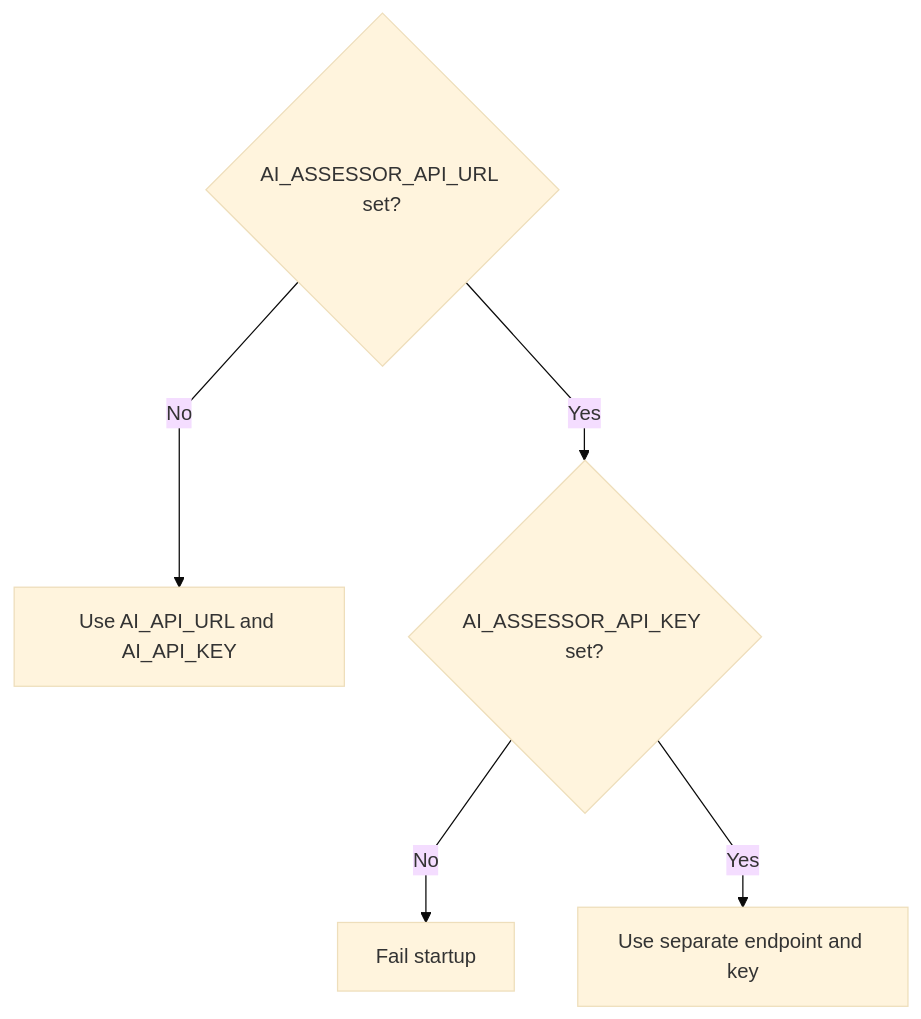
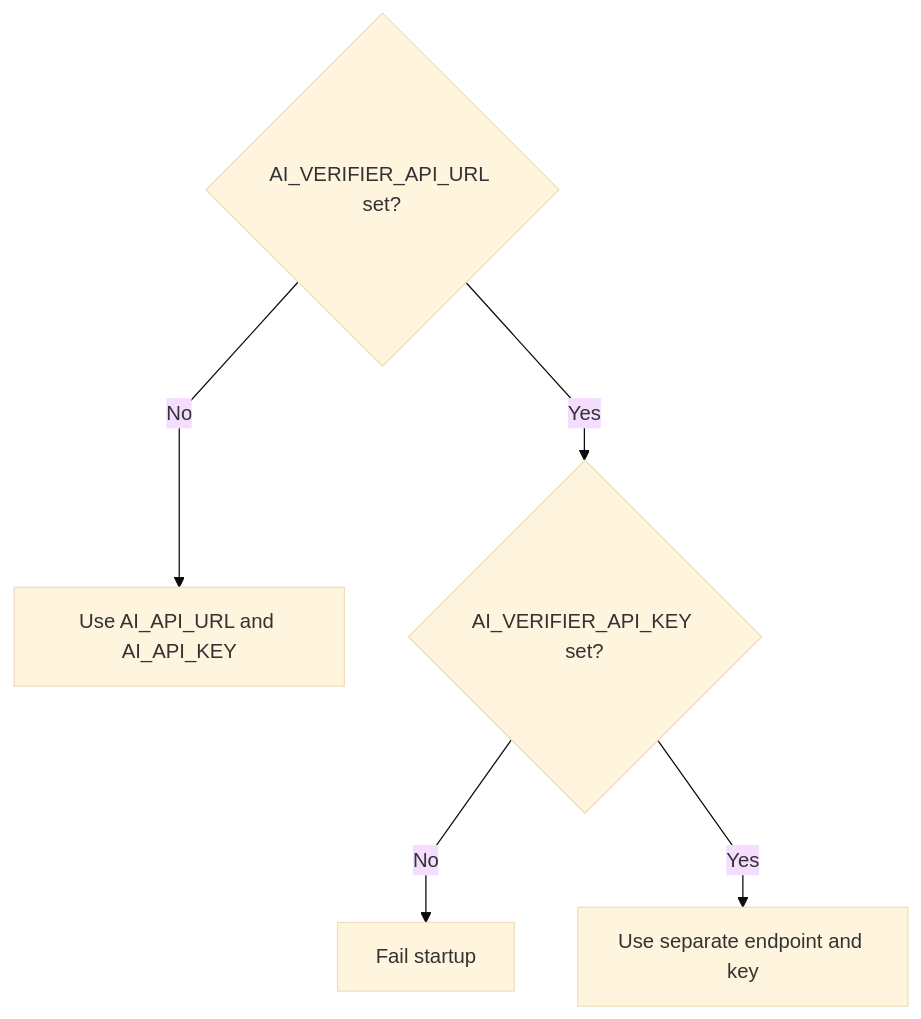
One commit to markhuangai/dense-mem changed the second of 3 diagrams in Configuration.md. Above: the diagram before and after it, drawn with Mermaid (base theme). The commit also changed other lines of this file and 18 other files, not shown here.

````diff
--- a/Configuration.md
+++ b/Configuration.md
@@ -171,9 +171,9 @@
 ```mermaid
 %%{init: {"flowchart": {"curve": "linear"}}}%%
 flowchart TD
-  URL{"AI_ASSESSOR_API_URL set?"}
+  URL{"AI_VERIFIER_API_URL set?"}
   URL -- No --> Shared["Use AI_API_URL and AI_API_KEY"]
-  URL -- Yes --> Key{"AI_ASSESSOR_API_KEY set?"}
+  URL -- Yes --> Key{"AI_VERIFIER_API_KEY set?"}
   Key -- No --> Invalid["Fail startup"]
   Key -- Yes --> Separate["Use separate endpoint and key"]
 ```
````
